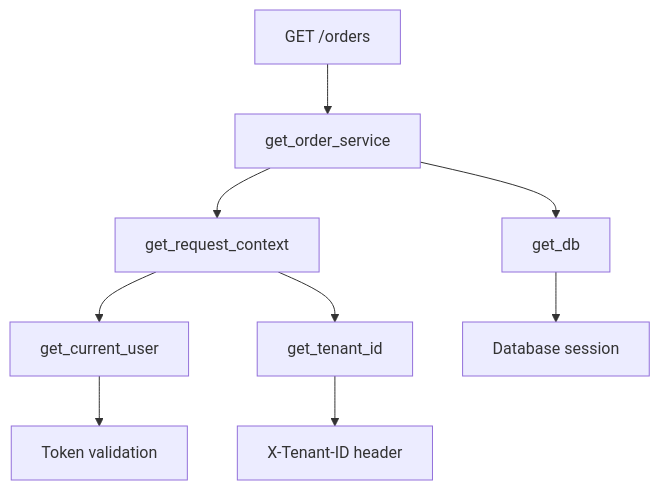
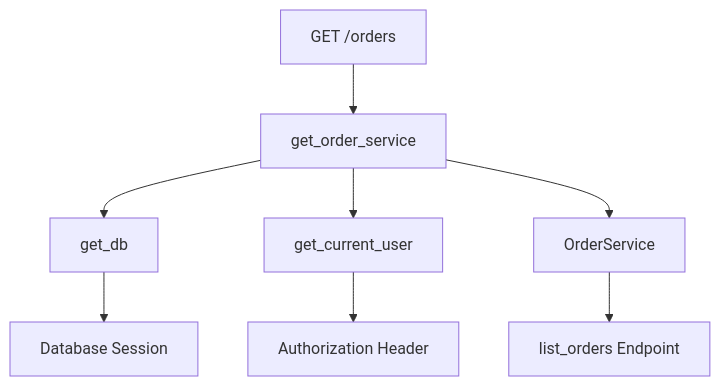
The ninth of 11 diagrams in src/content/fastapi/dependency-injection-depends.md (AvadhBhalodiya/Interview-Preparation), drawn with Mermaid before and after one commit. The commit also changed other lines of this file and 80 other files, not shown here.

````diff
--- a/src/content/fastapi/dependency-injection-depends.md
+++ b/src/content/fastapi/dependency-injection-depends.md
@@ -1297,11 +782,10 @@
 ```mermaid
 flowchart TD
     A[GET /orders] --> B[get_order_service]
     B --> C[get_db]
-    B --> D[get_request_context]
-    D --> E[get_current_user]
-    D --> F[get_tenant_id]
-    E --> G[Token validation]
-    F --> H[X-Tenant-ID header]
-    C --> I[Database session]
+    B --> D[get_current_user]
+    C --> E[Database Session]
+    D --> F[Authorization Header]
+    B --> G[OrderService]
+    G --> H[list_orders Endpoint]
 ```
````
